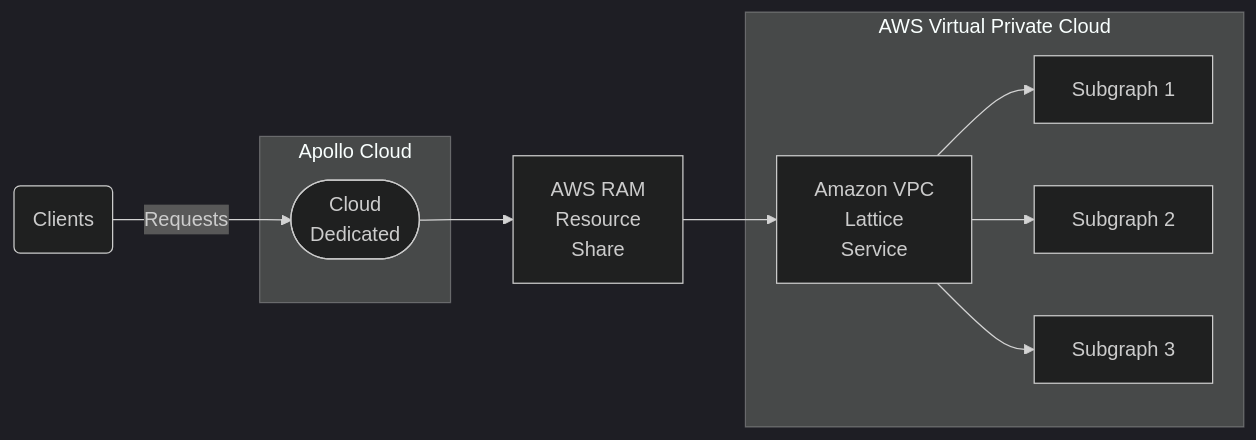
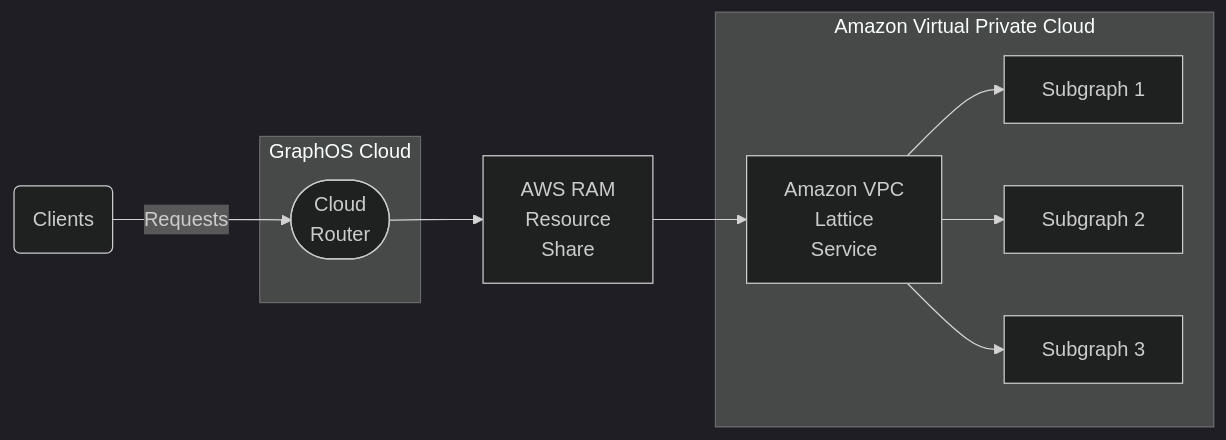
Before and after one commit to apollographql/docs: the diagram in src/content/graphos/cloud-routing/dedicated/lattice.mdx, drawn with Mermaid (dark theme). The commit also changed other lines of this file and 2 other files, not shown here.

````diff
--- a/src/content/graphos/cloud-routing/dedicated/lattice.mdx
+++ b/src/content/graphos/cloud-routing/dedicated/lattice.mdx
@@ -13,20 +11,20 @@
 ```mermaid
 flowchart LR;
   clients(Clients);
-  subgraph "Apollo Cloud";
-    router(["Cloud <br/> Dedicated"]);
+  subgraph "GraphOS Cloud";
+    router(["Cloud <br/> Router"]);
   end;
   resourceshare["AWS RAM <br/> Resource <br/> Share"]
-  subgraph "AWS Virtual Private Cloud"
+  subgraph "Amazon Virtual Private Cloud"
     lattice[Amazon VPC <br/> Lattice <br/> Service]
     service1[Subgraph 1];
     service2[Subgraph 2];
     service3[Subgraph 3];
   end;
 
   router --> resourceshare
   resourceshare --> lattice
   lattice --> service1 & service2 & service3;
 
   clients -->|Requests| router;
 ```
````
